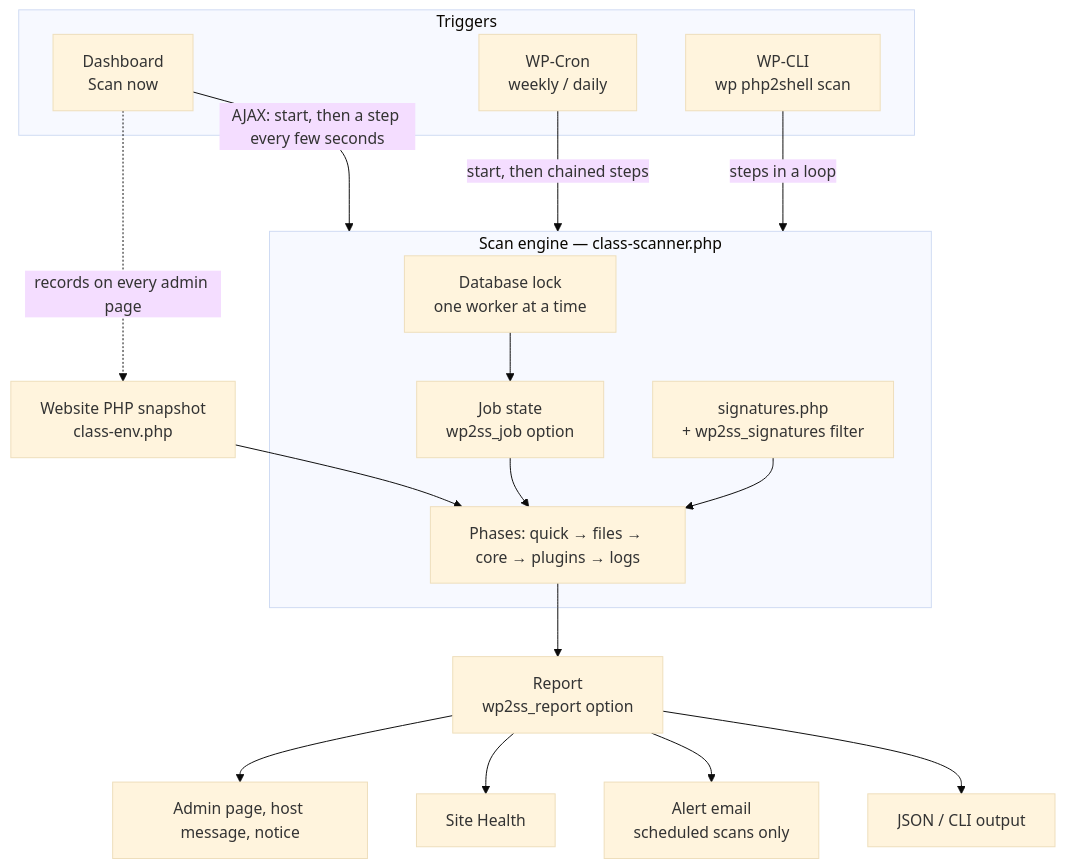
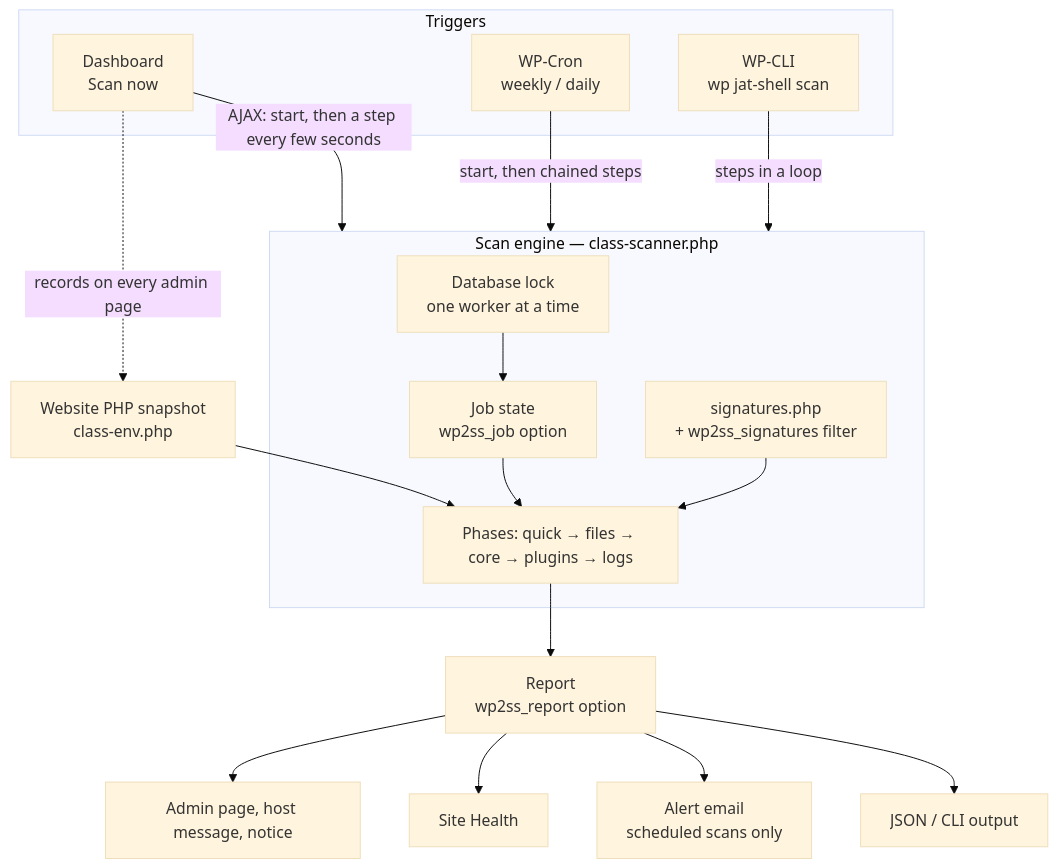
Before and after one commit to CptNope/JAT-Shell-Scanner: diagram 14 of 17 in README.md, drawn with Mermaid (base theme). The commit also changed other lines of this file and 18 other files, not shown here.

First line of the commit message:
Use the JAT Shell Scanner name everywhere

````diff
--- a/README.md
+++ b/README.md
@@ -893,24 +893,24 @@
 ```mermaid
 flowchart TB
     subgraph Triggers
         UI["Dashboard<br/>Scan now"]
         CRON["WP-Cron<br/>weekly / daily"]
-        CLI["WP-CLI<br/>wp php2shell scan"]
+        CLI["WP-CLI<br/>wp jat-shell scan"]
     end
     ENV["Website PHP snapshot<br/>class-env.php"]
     UI -->|"AJAX: start, then a step every few seconds"| ENGINE
     CRON -->|"start, then chained steps"| ENGINE
     CLI -->|"steps in a loop"| ENGINE
     UI -.->|"records on every admin page"| ENV
     subgraph ENGINE["Scan engine — class-scanner.php"]
         LOCK["Database lock<br/>one worker at a time"] --> JOB["Job state<br/>wp2ss_job option"]
         JOB --> PH["Phases: quick → files → core → plugins → logs"]
         SIG["signatures.php<br/>+ wp2ss_signatures filter"] --> PH
     end
     ENV --> PH
     PH --> REPORT["Report<br/>wp2ss_report option"]
     REPORT --> ADMIN["Admin page, host message, notice"]
     REPORT --> HEALTH["Site Health"]
     REPORT --> MAIL["Alert email<br/>scheduled scans only"]
     REPORT --> JSON["JSON / CLI output"]
 ```
````
